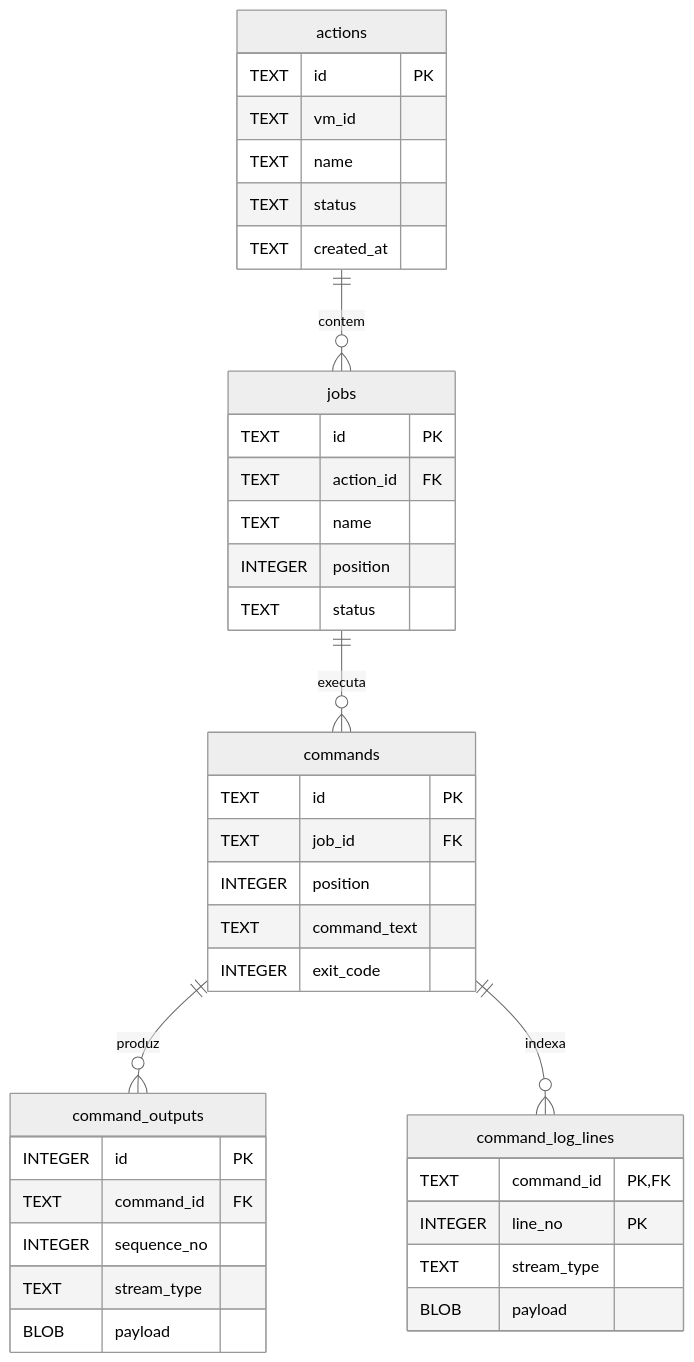
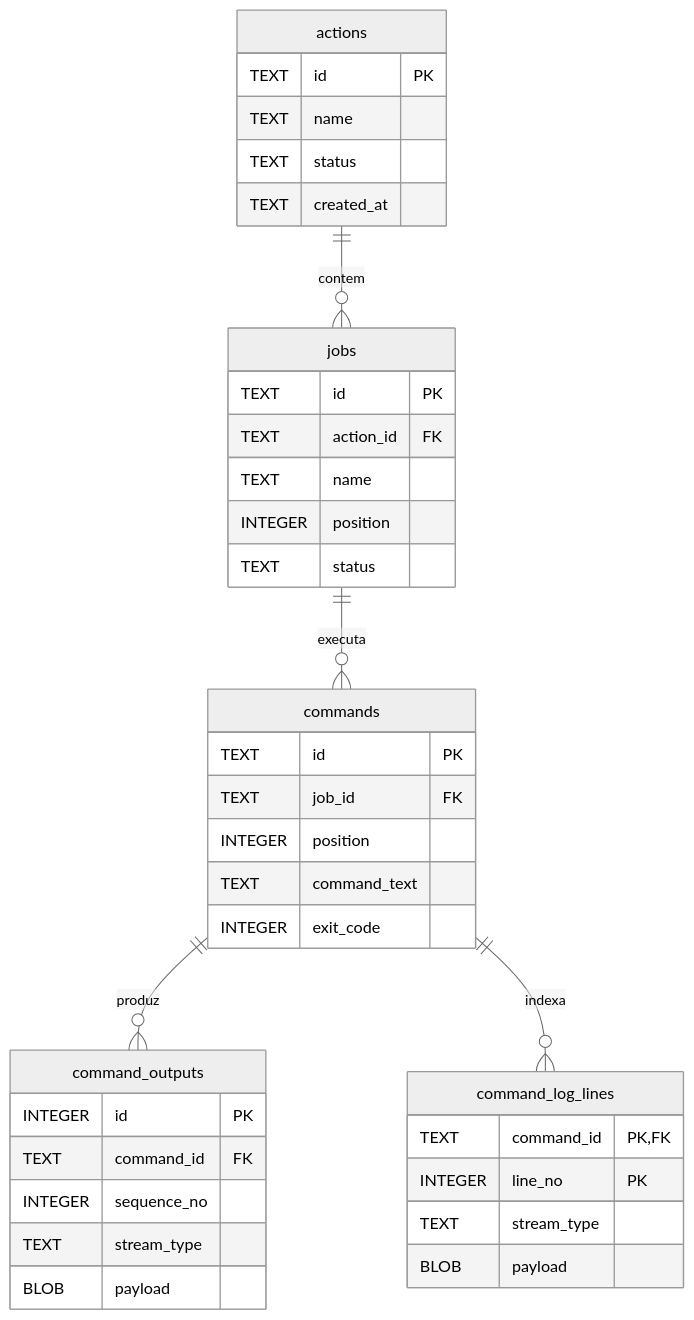
Before and after one commit to ahhvahh/gitmaster-actions: the diagram in docs/persistencia/PERS-001-registro-execucoes.md, drawn with Mermaid (neutral theme). The commit also changed other lines of this file and 7 other files, not shown here.

````diff
--- a/docs/persistencia/PERS-001-registro-execucoes.md
+++ b/docs/persistencia/PERS-001-registro-execucoes.md
@@ -16,41 +16,40 @@
 ```mermaid
 erDiagram
     actions ||--o{ jobs : contem
     jobs ||--o{ commands : executa
     commands ||--o{ command_outputs : produz
     commands ||--o{ command_log_lines : indexa
     actions {
         TEXT id PK
-        TEXT vm_id
         TEXT name
         TEXT status
         TEXT created_at
     }
     jobs {
         TEXT id PK
         TEXT action_id FK
         TEXT name
         INTEGER position
         TEXT status
     }
     commands {
         TEXT id PK
         TEXT job_id FK
         INTEGER position
         TEXT command_text
         INTEGER exit_code
     }
     command_outputs {
         INTEGER id PK
         TEXT command_id FK
         INTEGER sequence_no
         TEXT stream_type
         BLOB payload
     }
     command_log_lines {
         TEXT command_id PK, FK
         INTEGER line_no PK
         TEXT stream_type
         BLOB payload
     }
 ```
````
